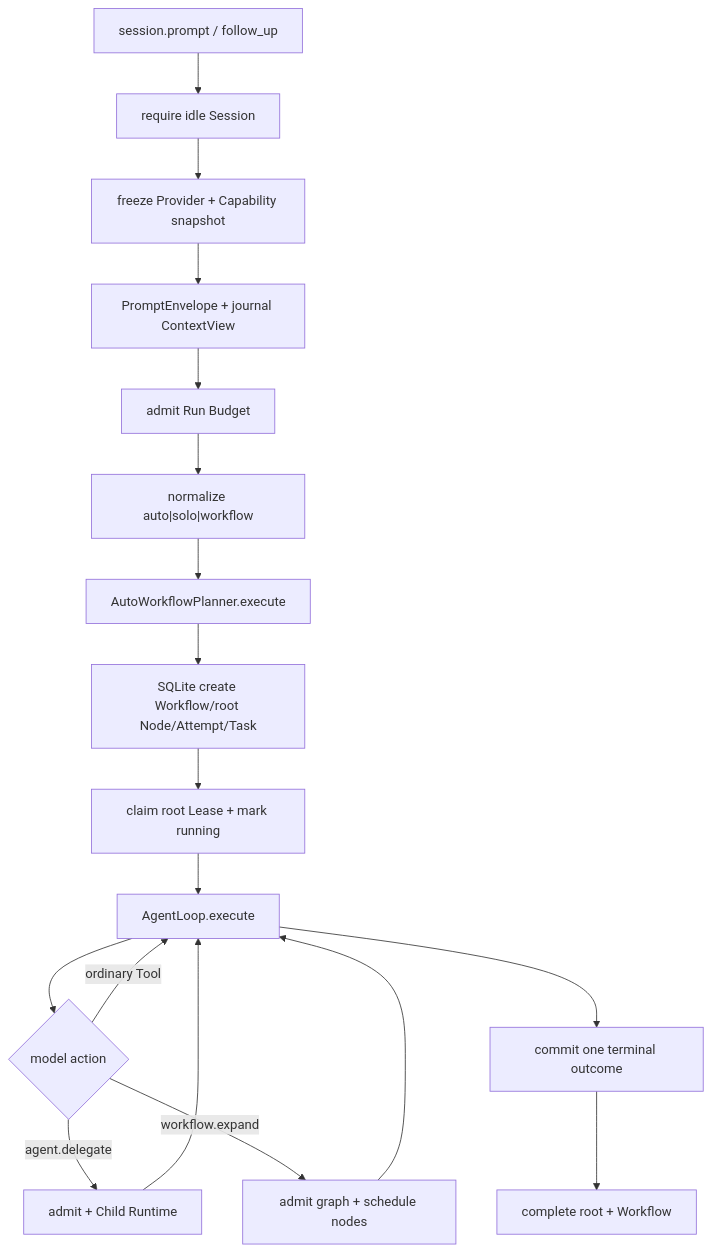
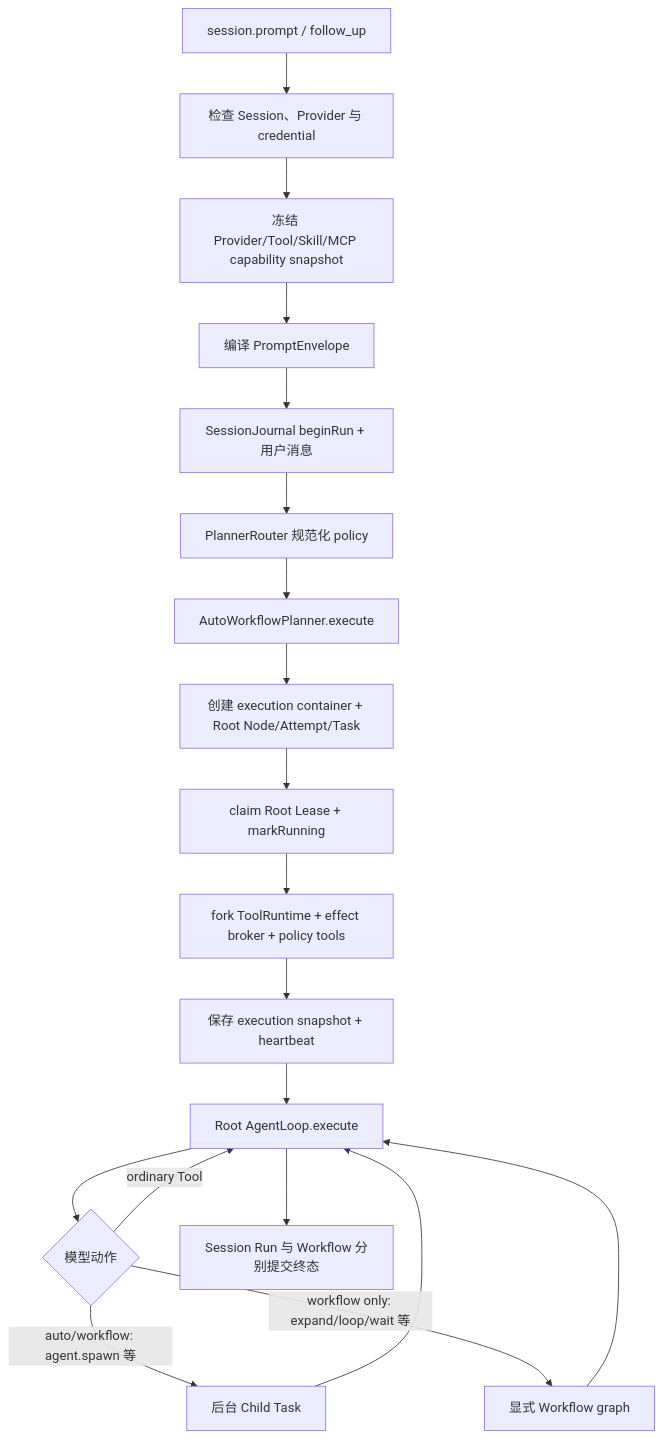
One commit to zr314/praxis-architecture-showcase changed the diagram in apps/runtime/docs/01-kernel-and-loop.md. Above: the diagram before and after it, drawn with Mermaid. The commit also changed other lines of this file and 111 other files, not shown here.

Commit message:
Public showcase snapshot: Agent Run Tree and SDK [skip ci]

````diff
--- a/apps/runtime/docs/01-kernel-and-loop.md
+++ b/apps/runtime/docs/01-kernel-and-loop.md
@@ -13,20 +67,21 @@
 ```mermaid
 flowchart TD
-    RPC["session.prompt / follow_up"] --> S["require idle Session"]
-    S --> P["freeze Provider + Capability snapshot"]
-    P --> E["PromptEnvelope + journal ContextView"]
-    E --> B["admit Run Budget"]
-    B --> M["normalize auto|solo|workflow"]
-    M --> A["AutoWorkflowPlanner.execute"]
-    A --> C["SQLite create Workflow/root Node/Attempt/Task"]
-    C --> L["claim root Lease + mark running"]
-    L --> R["AgentLoop.execute"]
-    R --> T{"model action"}
-    T -->|"ordinary Tool"| R
-    T -->|"agent.delegate"| D["admit + Child Runtime"]
-    T -->|"workflow.expand"| G["admit graph + schedule nodes"]
-    D --> R
-    G --> R
-    R --> F["commit one terminal outcome"]
-    F --> W["complete root + Workflow"]
+    RPC["session.prompt / follow_up"] --> S["检查 Session、Provider 与 credential"]
+    S --> C["冻结 Provider/Tool/Skill/MCP capability snapshot"]
+    C --> E["编译 PromptEnvelope"]
+    E --> J["SessionJournal beginRun + 用户消息"]
+    J --> R["PlannerRouter 规范化 policy"]
+    R --> P["AutoWorkflowPlanner.execute"]
+    P --> W["创建 execution container + Root Node/Attempt/Task"]
+    W --> L["claim Root Lease + markRunning"]
+    L --> T["fork ToolRuntime + effect broker + policy tools"]
+    T --> X["保存 execution snapshot + heartbeat"]
+    X --> A["Root AgentLoop.execute"]
+    A --> O{"模型动作"}
+    O -->|ordinary Tool| A
+    O -->|auto/workflow: agent.spawn 等| CH["后台 Child Task"]
+    O -->|workflow only: expand/loop/wait 等| G["显式 Workflow graph"]
+    CH --> A
+    G --> A
+    A --> F["Session Run 与 Workflow 分别提交终态"]
 ```
````
